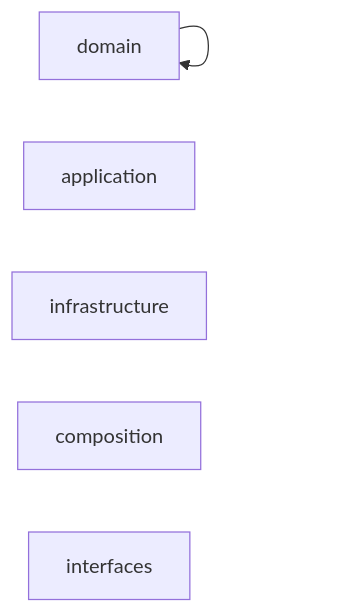
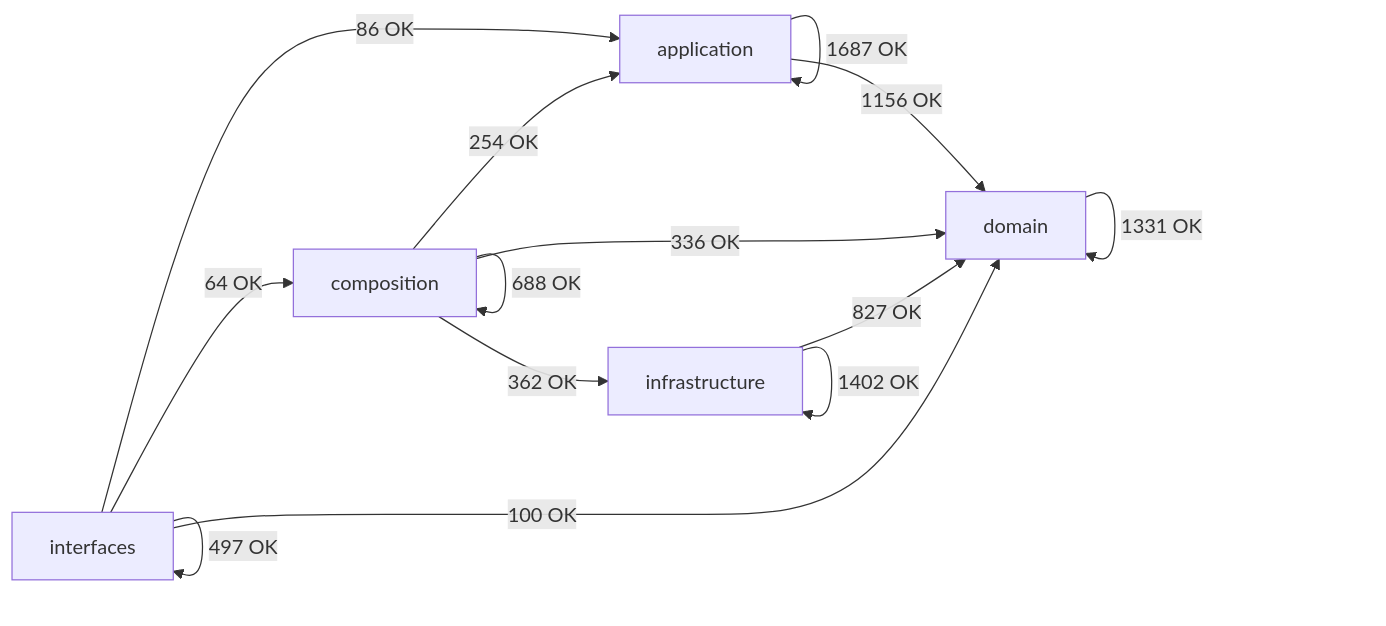
One commit to SatoryKono/BioactivityDataAcquisition changed the diagram in docs/02-architecture/generated/module-dependency-map.md. Above: the diagram before and after it, drawn with Mermaid. The commit also changed other lines of this file and 1 other file, not shown here.

````diff
--- a/docs/02-architecture/generated/module-dependency-map.md
+++ b/docs/02-architecture/generated/module-dependency-map.md
@@ -17,9 +17,21 @@
 ```mermaid
 flowchart LR
     domain[domain]
     application[application]
     infrastructure[infrastructure]
     composition[composition]
     interfaces[interfaces]
-    domain --> domain
+    application -->|1687 OK| application
+    application -->|1156 OK| domain
+    composition -->|254 OK| application
+    composition -->|688 OK| composition
+    composition -->|336 OK| domain
+    composition -->|362 OK| infrastructure
+    domain -->|1331 OK| domain
+    infrastructure -->|827 OK| domain
+    infrastructure -->|1402 OK| infrastructure
+    interfaces -->|86 OK| application
+    interfaces -->|64 OK| composition
+    interfaces -->|100 OK| domain
+    interfaces -->|497 OK| interfaces
 ```
````
